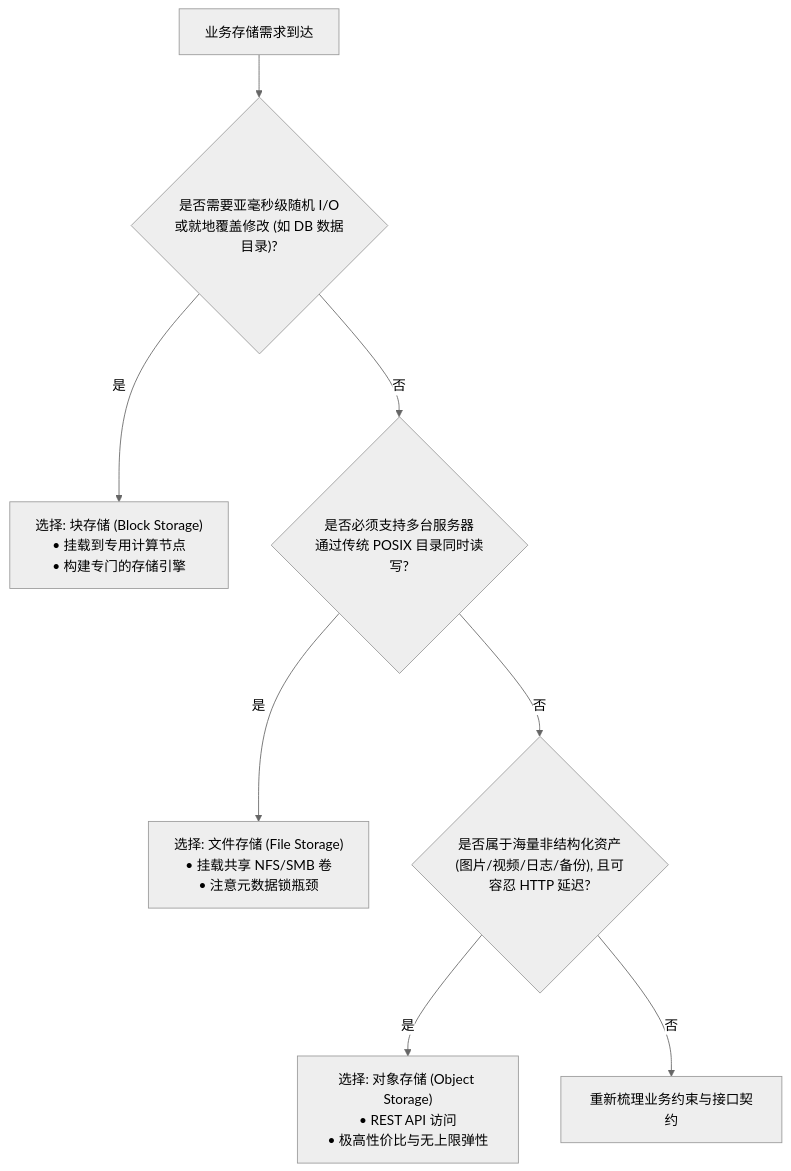
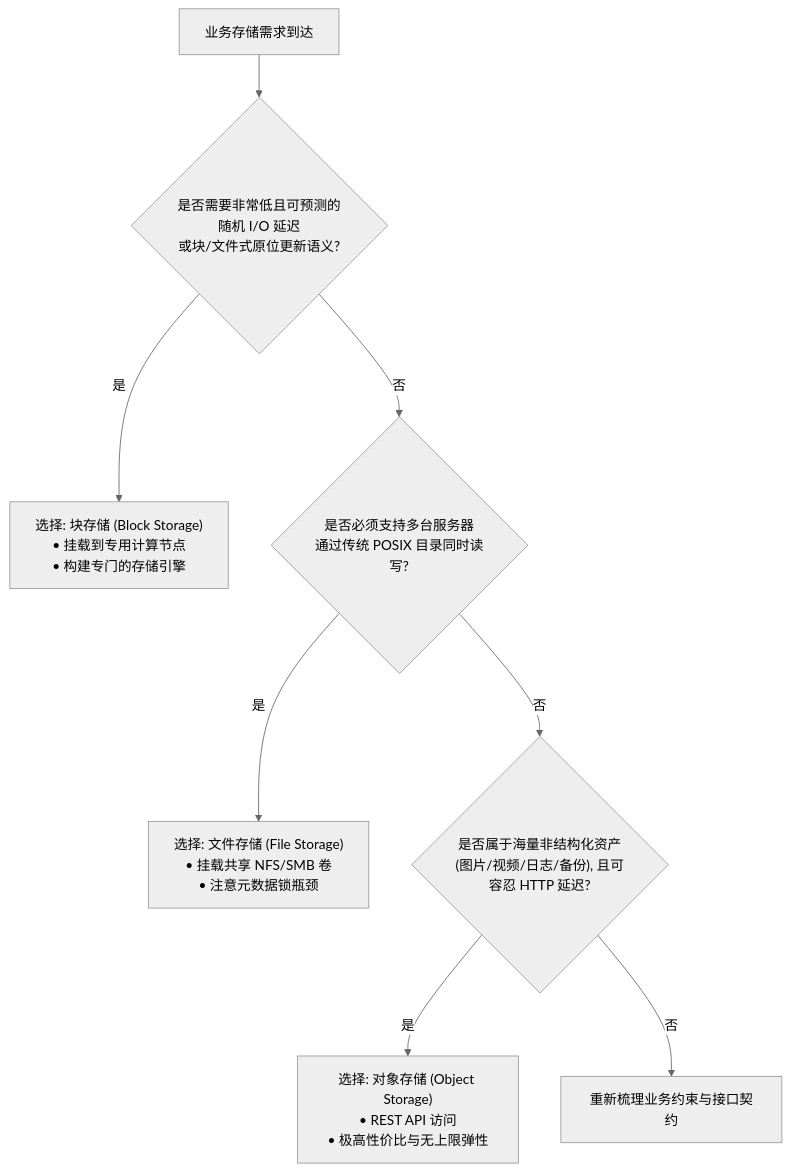
Before and after one commit to CN-JJB/essential-cs: the second of 2 diagrams in book/09-storage-engine-durable-storage/L09-03.md, drawn with Mermaid (neutral theme). The commit also changed other lines of this file, not shown here.

````diff
--- a/book/09-storage-engine-durable-storage/L09-03.md
+++ b/book/09-storage-engine-durable-storage/L09-03.md
@@ -143,10 +143,10 @@
 ```mermaid
 flowchart TD
-    Start["业务存储需求到达"] --> Q1{"是否需要亚毫秒级随机 I/O<br>或就地覆盖修改 (如 DB 数据目录)?"}
+    Start["业务存储需求到达"] --> Q1{"是否需要非常低且可预测的随机 I/O 延迟<br>或块/文件式原位更新语义?"}
     Q1 -- "是" --> Block["选择: 块存储 (Block Storage)<br>• 挂载到专用计算节点<br>• 构建专门的存储引擎"]
     Q1 -- "否" --> Q2{"是否必须支持多台服务器<br>通过传统 POSIX 目录同时读写?"}
     Q2 -- "是" --> File["选择: 文件存储 (File Storage)<br>• 挂载共享 NFS/SMB 卷<br>• 注意元数据锁瓶颈"]
     Q2 -- "否" --> Q3{"是否属于海量非结构化资产<br>(图片/视频/日志/备份), 且可容忍 HTTP 延迟?"}
     Q3 -- "是" --> Object["选择: 对象存储 (Object Storage)<br>• REST API 访问<br>• 极高性价比与无上限弹性"]
     Q3 -- "否" --> ReEval["重新梳理业务约束与接口契约"]
 ```
````
